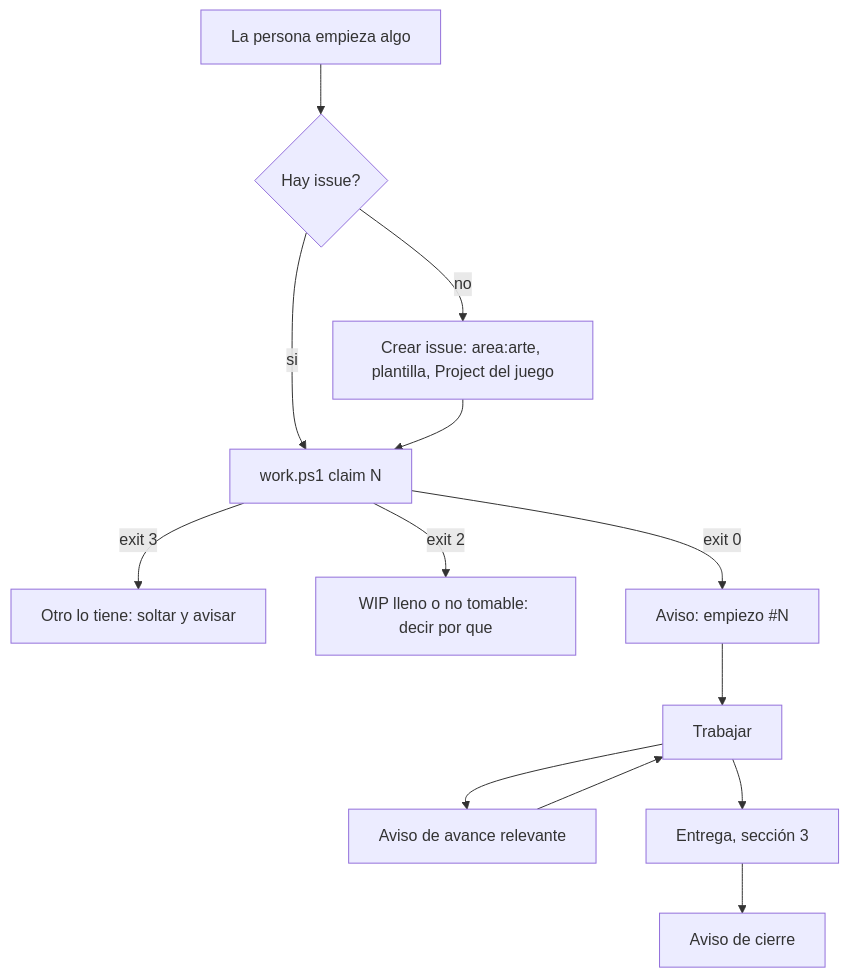
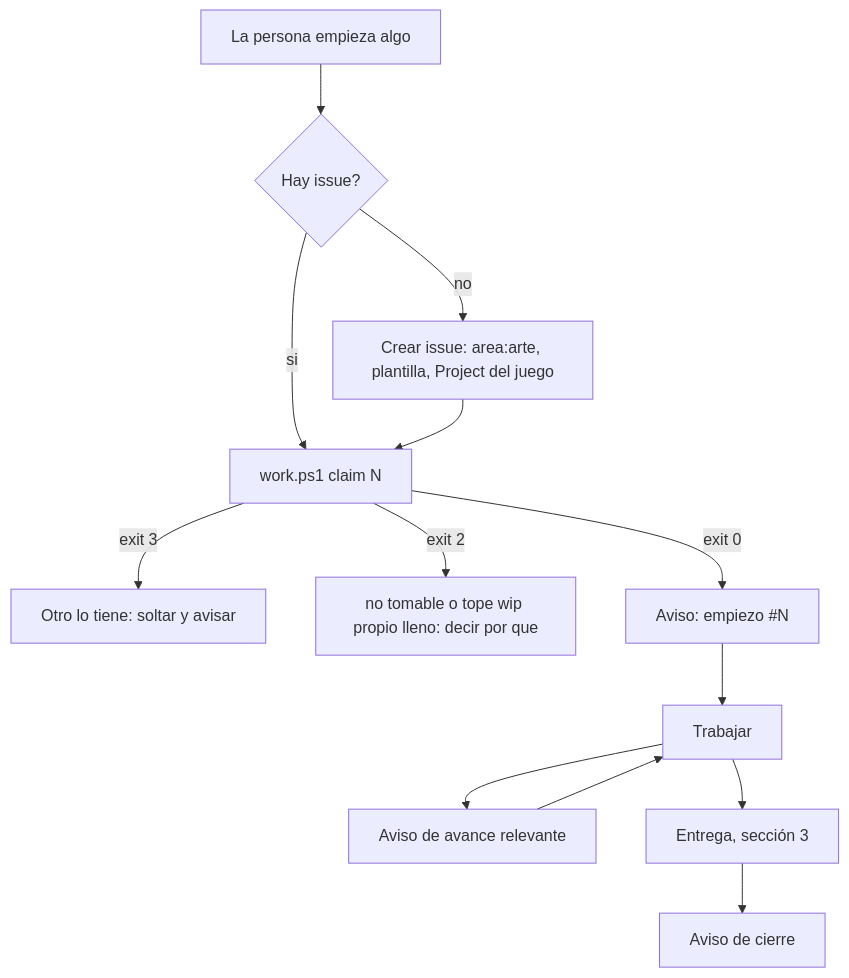
Before and after one commit to Nashei-Studios/studio: the first of 2 diagrams in docs/flujo-arte-y-avisos.md, drawn with Mermaid. The commit also changed other lines of this file and 7 other files, not shown here.

````diff
--- a/docs/flujo-arte-y-avisos.md
+++ b/docs/flujo-arte-y-avisos.md
@@ -17,15 +17,15 @@
 ```mermaid
 flowchart TD
   A[La persona empieza algo] --> B{Hay issue?}
   B -->|no| C[Crear issue: area:arte, plantilla, Project del juego]
   B -->|si| D[work.ps1 claim N]
   C --> D
   D -->|exit 3| X[Otro lo tiene: soltar y avisar]
-  D -->|exit 2| Y[WIP lleno o no tomable: decir por que]
+  D -->|exit 2| Y[no tomable o tope wip propio lleno: decir por que]
   D -->|exit 0| E[Aviso: empiezo #N]
   E --> F[Trabajar]
   F --> G[Aviso de avance relevante]
   G --> F
   F --> H[Entrega, sección 3]
   H --> I[Aviso de cierre]
 ```
````
